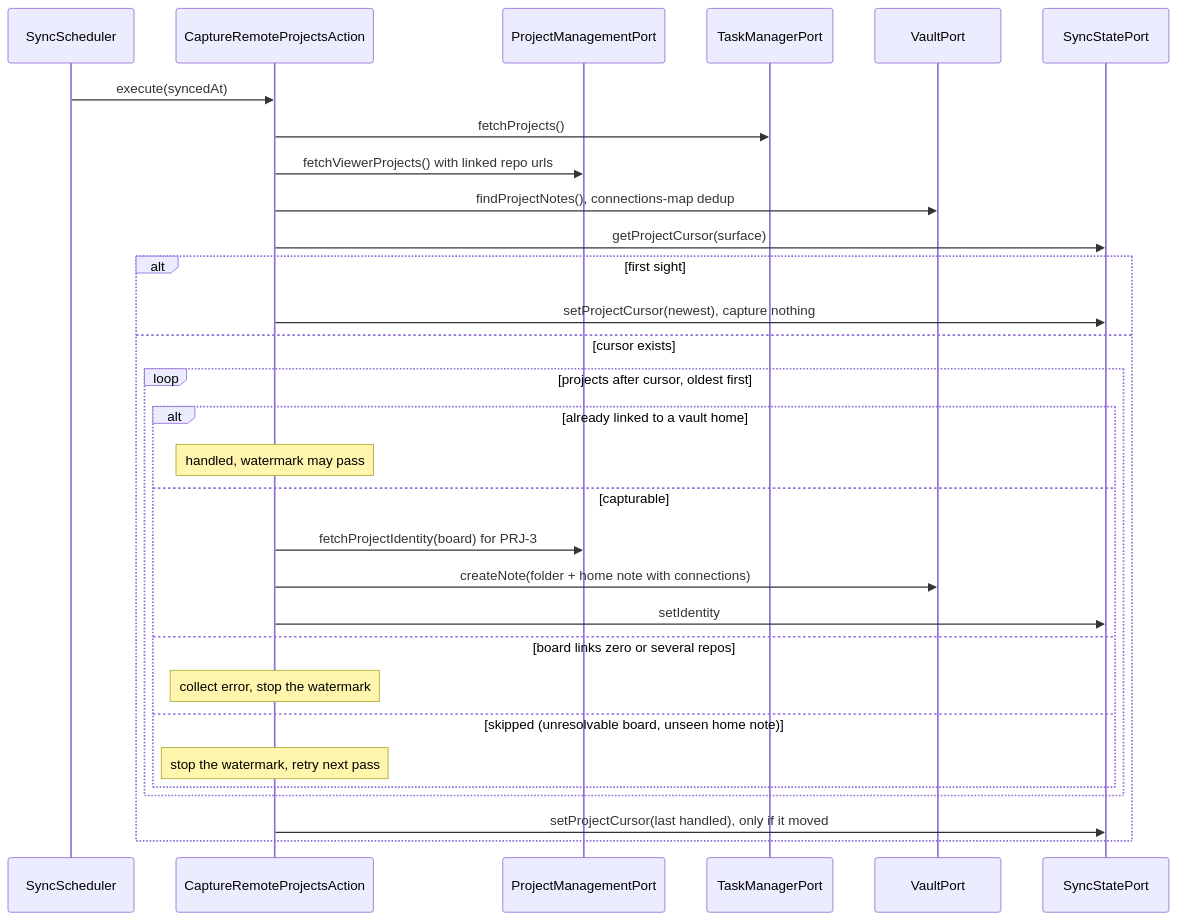
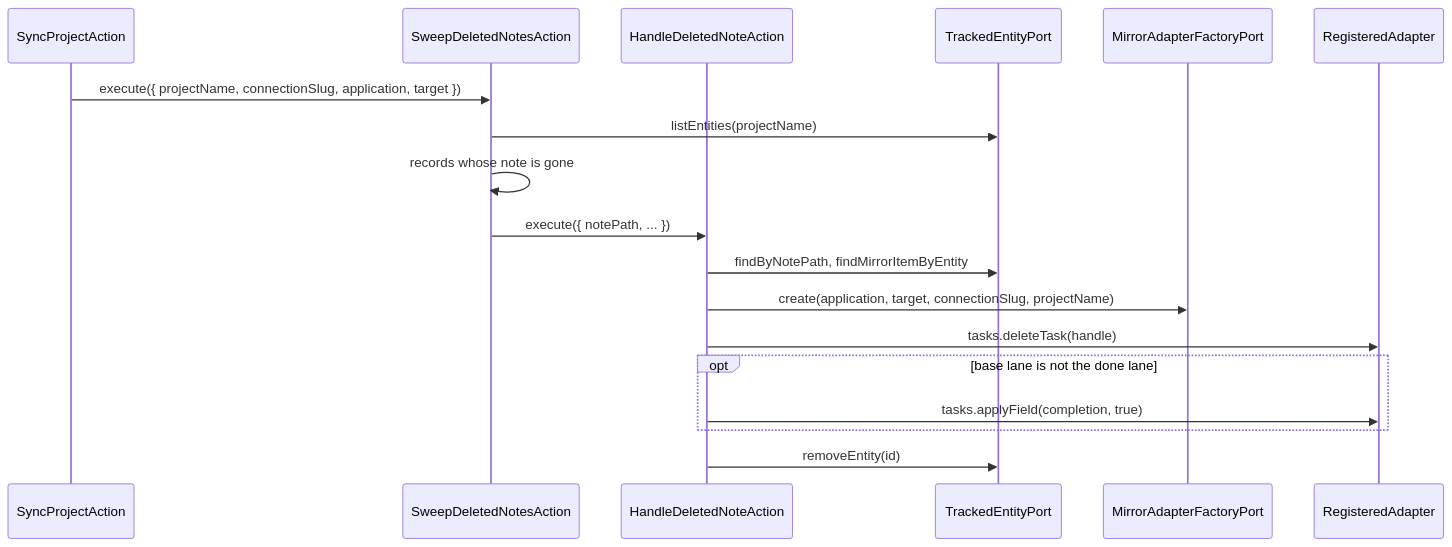
One commit to 99linesofcode/obsidian-project-management changed diagram 16 of 18 in docs/developer-manual.md. Above: the diagram before and after it, drawn with Mermaid. The commit also changed other lines of this file and 246 other files, not shown here.

````diff
--- a/docs/developer-manual.md
+++ b/docs/developer-manual.md
@@ -771,33 +757,21 @@
 ```mermaid
 sequenceDiagram
-  participant Sched as SyncScheduler
-  participant Cap as CaptureRemoteProjectsAction
-  participant PM as ProjectManagementPort
-  participant TM as TaskManagerPort
-  participant V as VaultPort
-  participant SS as SyncStatePort
+  participant SP as SyncProjectAction
+  participant Sweep as SweepDeletedNotesAction
+  participant HD as HandleDeletedNoteAction
+  participant SS as TrackedEntityPort
+  participant F as MirrorAdapterFactoryPort
+  participant R as RegisteredAdapter
 
-  Sched->>Cap: execute(syncedAt)
-  Cap->>TM: fetchProjects()
-  Cap->>PM: fetchViewerProjects() with linked repo urls
-  Cap->>V: findProjectNotes(), connections-map dedup
-  Cap->>SS: getProjectCursor(surface)
-  alt first sight
-    Cap->>SS: setProjectCursor(newest), capture nothing
-  else cursor exists
-    loop projects after cursor, oldest first
-      alt already linked to a vault home
-        Note over Cap: handled, watermark may pass
-      else capturable
-        Cap->>PM: fetchProjectIdentity(board) for PRJ-3
-        Cap->>V: createNote(folder + home note with connections)
-        Cap->>SS: setIdentity
-      else board links zero or several repos
-        Note over Cap: collect error, stop the watermark
-      else skipped (unresolvable board, unseen home note)
-        Note over Cap: stop the watermark, retry next pass
-      end
-    end
-    Cap->>SS: setProjectCursor(last handled), only if it moved
+  SP->>Sweep: execute({ projectName, connectionSlug, application, target })
+  Sweep->>SS: listEntities(projectName)
+  Sweep->>Sweep: records whose note is gone
+  Sweep->>HD: execute({ notePath, ... })
+  HD->>SS: findByNotePath, findMirrorItemByEntity
+  HD->>F: create(application, target, connectionSlug, projectName)
+  HD->>R: tasks.deleteTask(handle)
+  opt base lane is not the done lane
+    HD->>R: tasks.applyField(completion, true)
   end
+  HD->>SS: removeEntity(id)
 ```
````
